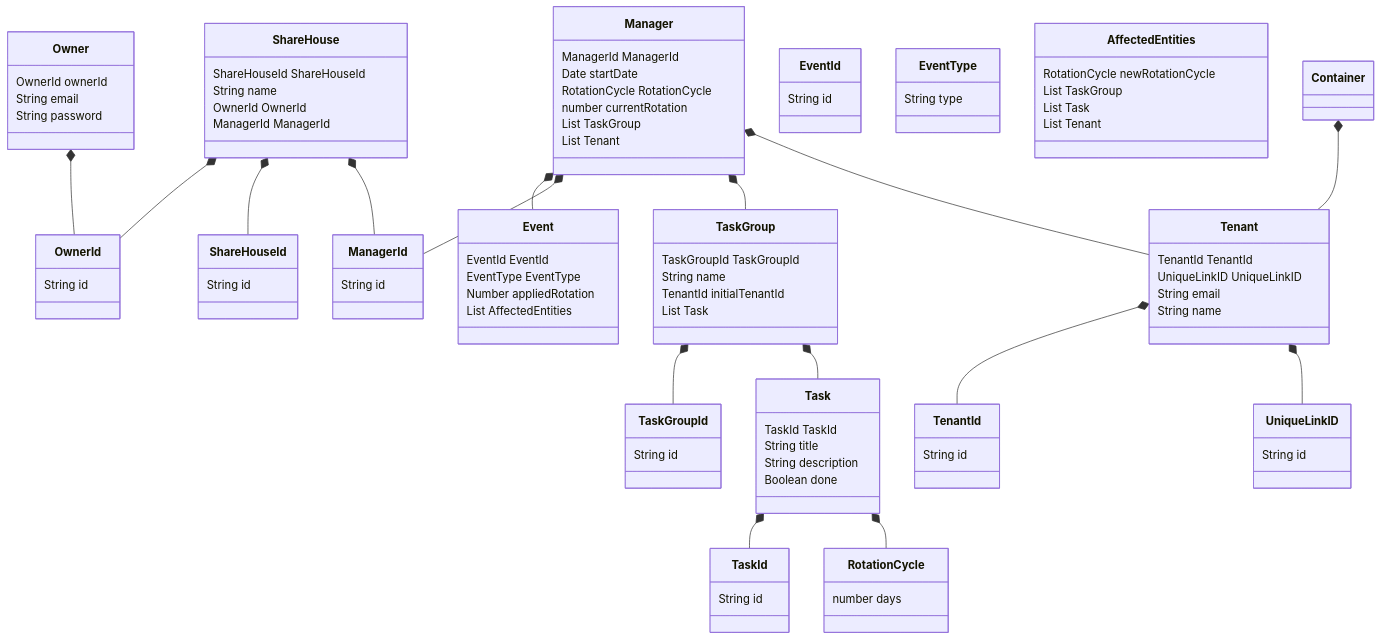
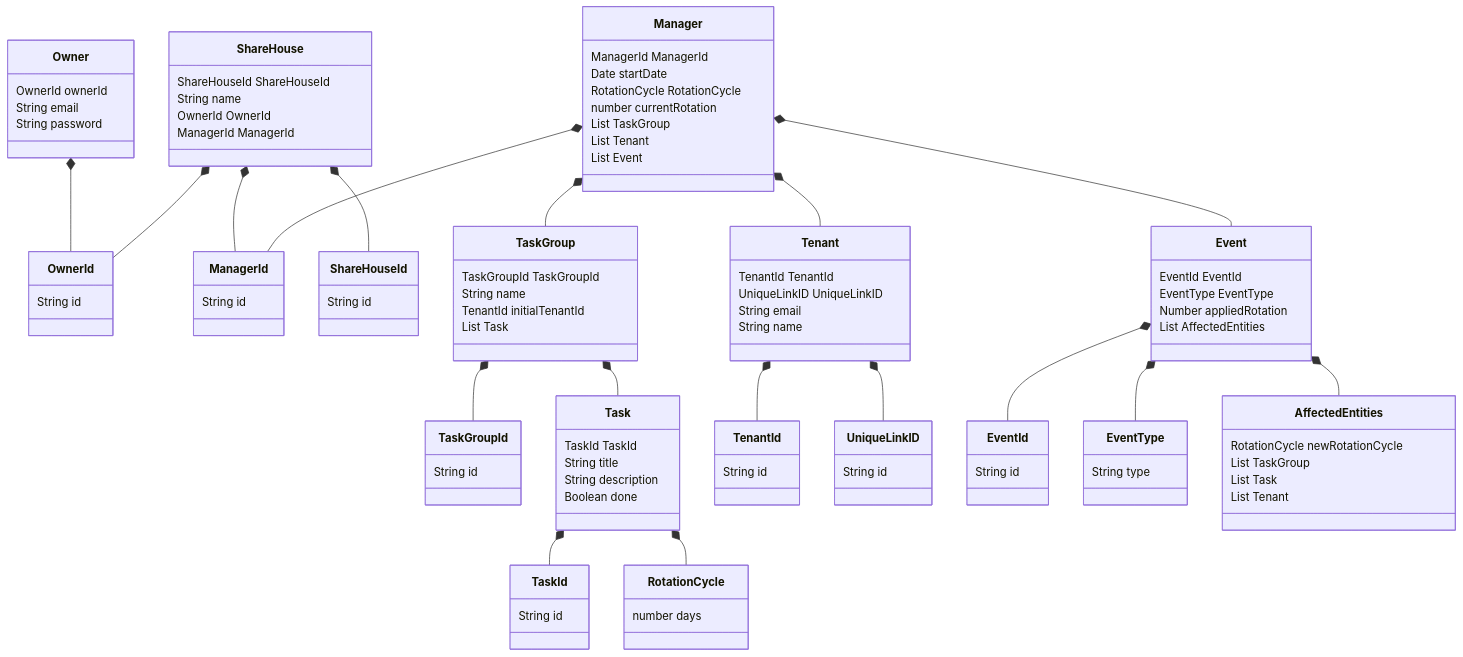
One commit to Tascurator/tascurator-documents changed the diagram in modeling.md. Above: the diagram before and after it, drawn with Mermaid.

Commit message:
docs: add Event class

```diff
--- a/modeling.md
+++ b/modeling.md
@@ -24,6 +24,7 @@
         number currentRotation
         List TaskGroup
         List Tenant
+        List Event
     }
     
     class ManagerId {
@@ -106,8 +107,10 @@
     Manager *-- TaskGroup
     Manager *-- Tenant
     TaskGroup *-- TaskGroupId
-    Container *-- Tenant
     TaskGroup *-- Task
+    Event *-- EventId
+    Event *-- EventType
+    Event *-- AffectedEntities
     Task *-- TaskId
     Task *-- RotationCycle
     Tenant *-- TenantId
```
